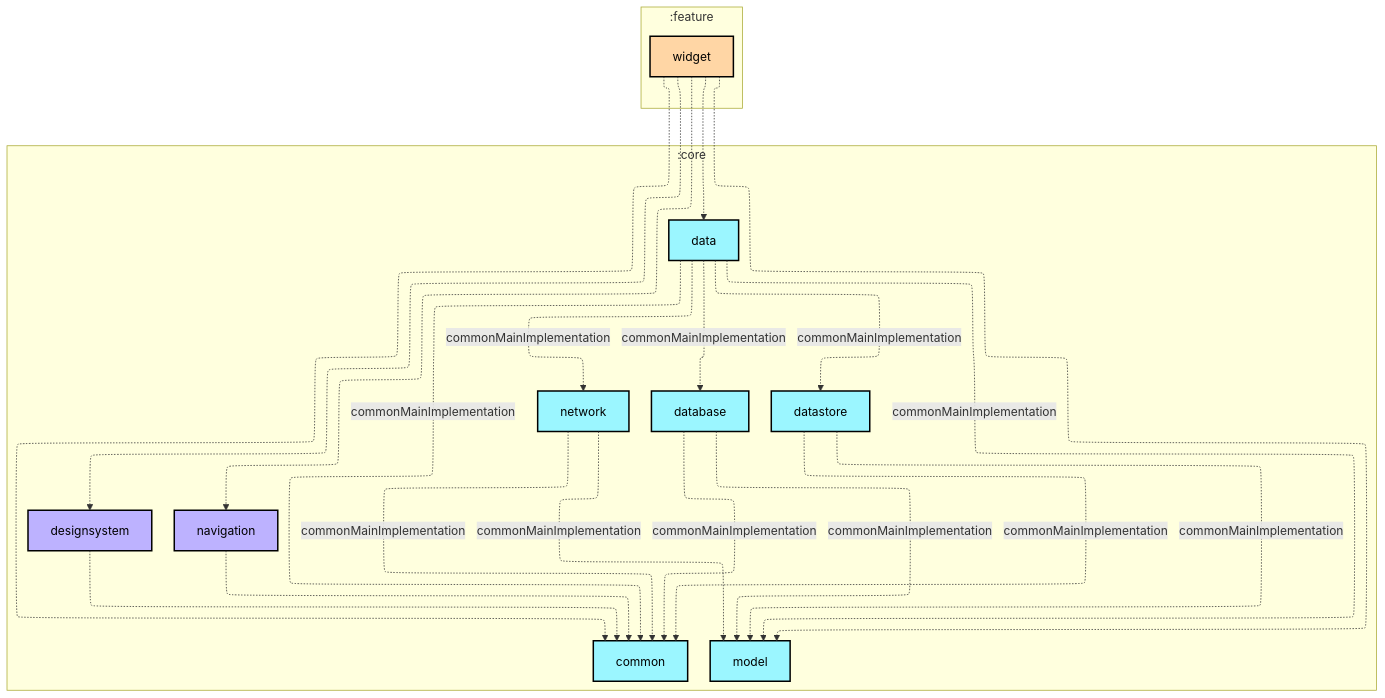
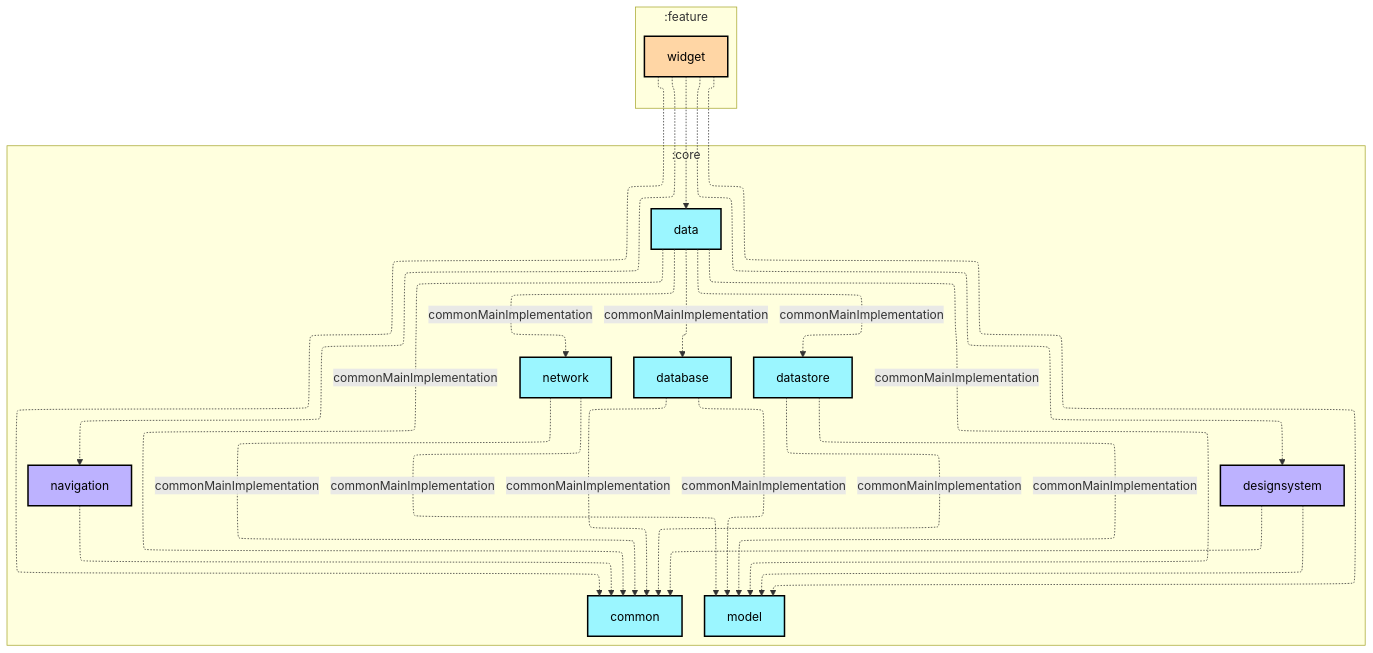
One commit to infinitezerone/MiniBgm changed the first of 2 diagrams in feature/widget/README.md. Above: the diagram before and after it, drawn with Mermaid. The commit also changed 15 other files, not shown here.

````diff
--- a/feature/widget/README.md
+++ b/feature/widget/README.md
@@ -6,49 +6,50 @@
 ```mermaid
 ---
 config:
   layout: elk
   elk:
     nodePlacementStrategy: SIMPLE
 ---
 graph TB
   subgraph :feature
     direction TB
     :feature:widget[widget]:::android-feature
   end
   subgraph :core
     direction TB
     :core:common[common]:::kmp-library
     :core:data[data]:::kmp-library
     :core:database[database]:::kmp-library
     :core:datastore[datastore]:::kmp-library
     :core:designsystem[designsystem]:::android-library
     :core:model[model]:::kmp-library
     :core:navigation[navigation]:::android-library
     :core:network[network]:::kmp-library
   end
 
   :core:data -.->|commonMainImplementation| :core:common
   :core:data -.->|commonMainImplementation| :core:database
   :core:data -.->|commonMainImplementation| :core:datastore
   :core:data -.->|commonMainImplementation| :core:model
   :core:data -.->|commonMainImplementation| :core:network
   :core:database -.->|commonMainImplementation| :core:common
   :core:database -.->|commonMainImplementation| :core:model
   :core:datastore -.->|commonMainImplementation| :core:common
   :core:datastore -.->|commonMainImplementation| :core:model
   :core:designsystem -.-> :core:common
+  :core:designsystem -.-> :core:model
   :core:navigation -.-> :core:common
   :core:network -.->|commonMainImplementation| :core:common
   :core:network -.->|commonMainImplementation| :core:model
   :feature:widget -.-> :core:common
   :feature:widget -.-> :core:data
   :feature:widget -.-> :core:designsystem
   :feature:widget -.-> :core:model
   :feature:widget -.-> :core:navigation
 
 classDef android-application fill:#CAFFBF,stroke:#000,stroke-width:2px,color:#000;
 classDef android-feature fill:#FFD6A5,stroke:#000,stroke-width:2px,color:#000;
 classDef kmp-library fill:#9BF6FF,stroke:#000,stroke-width:2px,color:#000;
 classDef android-library fill:#BDB2FF,stroke:#000,stroke-width:2px,color:#000;
 classDef unknown fill:#FFADAD,stroke:#000,stroke-width:2px,color:#000;
 ```
````
